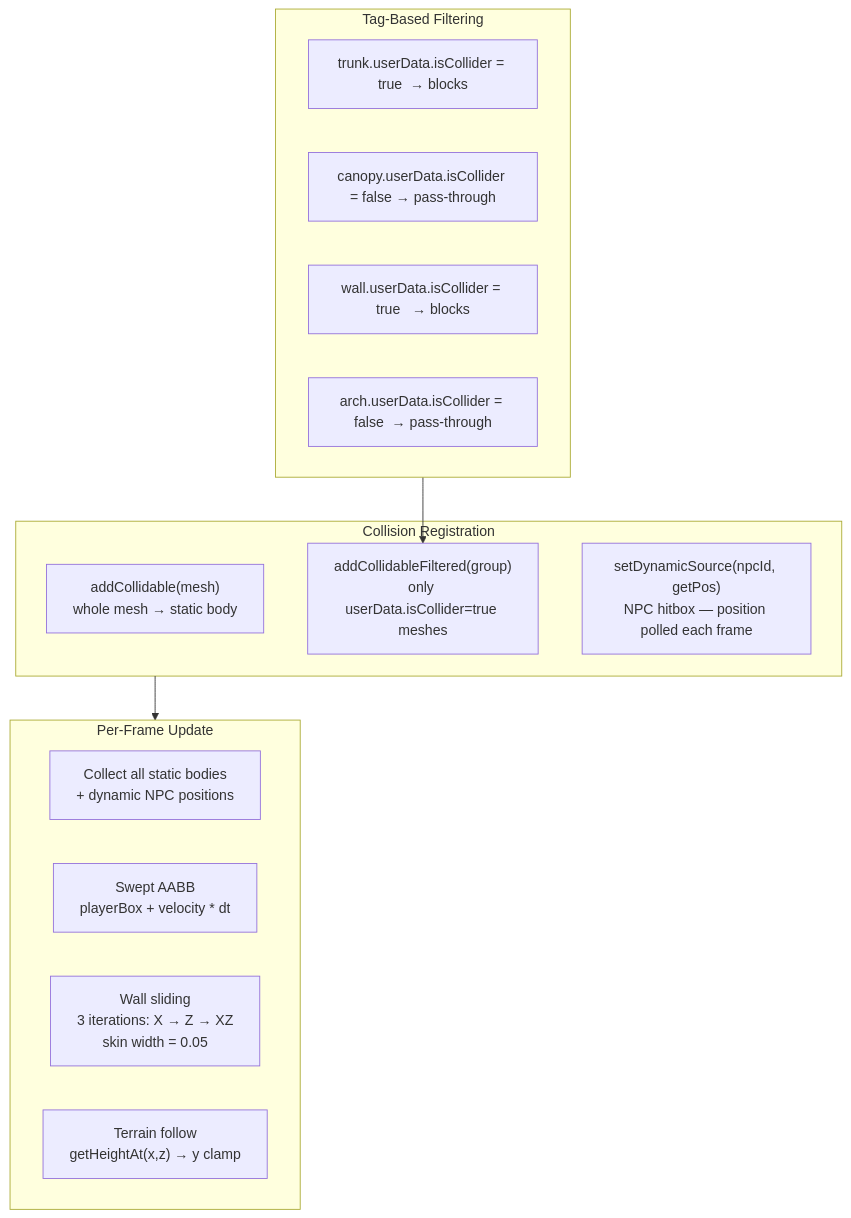
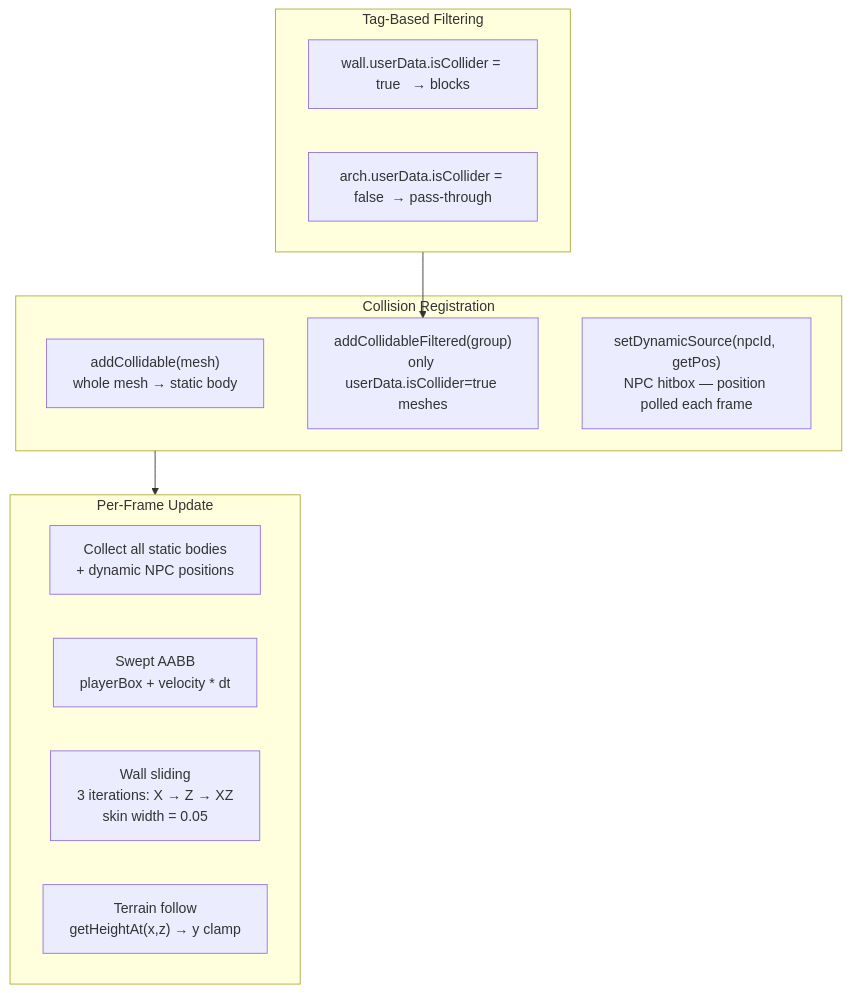
Before and after one commit to Zaexv/world-of-prompcraft: the fifth of 8 diagrams in client/ARCHITECTURE.md, drawn with Mermaid. The commit also changed other lines of this file and 1 other file, not shown here.

Commit message:
docs: update architecture docs for zonal manifest overhaul

````diff
--- a/client/ARCHITECTURE.md
+++ b/client/ARCHITECTURE.md
@@ -185,25 +162,23 @@
 ```mermaid
 flowchart TD
     subgraph Registration["Collision Registration"]
         AC["addCollidable(mesh)\nwhole mesh → static body"]
         ACF["addCollidableFiltered(group)\nonly userData.isCollider=true meshes"]
         DS["setDynamicSource(npcId, getPos)\nNPC hitbox — position polled each frame"]
     end
 
     subgraph Update["Per-Frame Update"]
         AABB["Collect all static bodies\n+ dynamic NPC positions"]
         SWEEP["Swept AABB\nplayerBox + velocity * dt"]
         SLIDE["Wall sliding\n3 iterations: X → Z → XZ\nskin width = 0.05"]
         TF["Terrain follow\ngetHeightAt(x,z) → y clamp"]
     end
 
     subgraph Tags["Tag-Based Filtering"]
-        T1["trunk.userData.isCollider = true  → blocks"]
-        T2["canopy.userData.isCollider = false → pass-through"]
-        T3["wall.userData.isCollider = true   → blocks"]
-        T4["arch.userData.isCollider = false  → pass-through"]
+        T1["wall.userData.isCollider = true   → blocks"]
+        T2["arch.userData.isCollider = false  → pass-through"]
     end
 
     Registration --> Update
     Tags --> ACF
 ```
````
